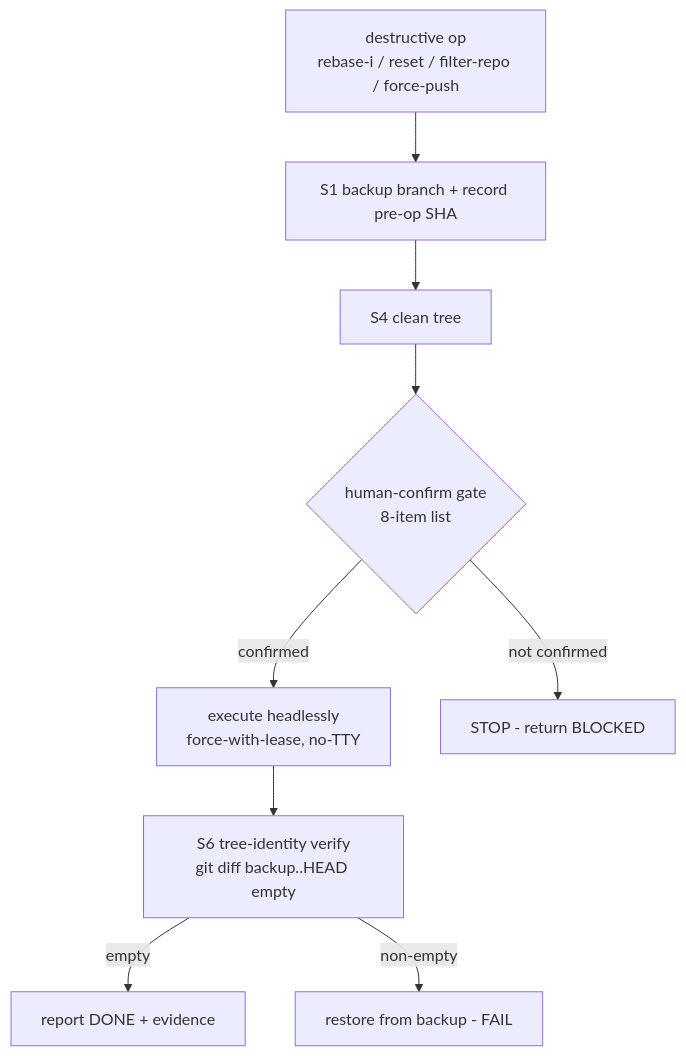
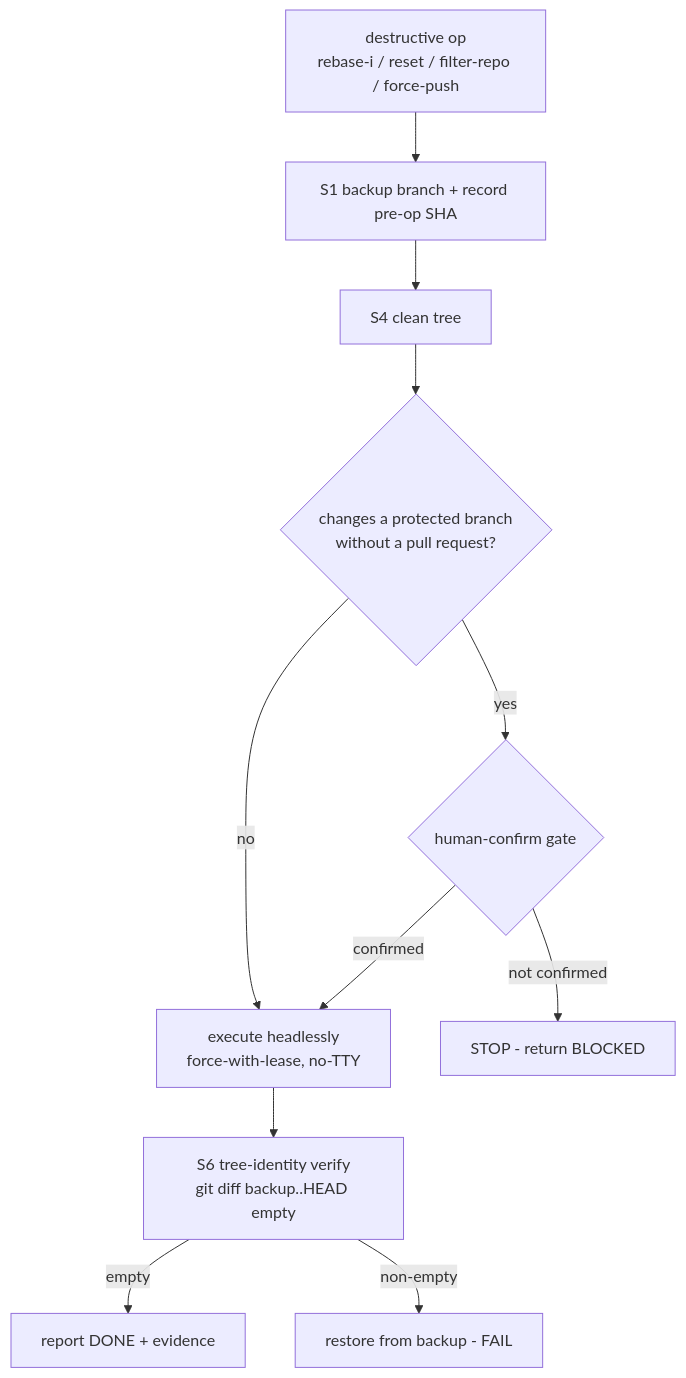
Before and after one commit to Viindoo/odoo-mcp-client: the fourth of 4 diagrams in plugins/git-toolkit/docs/architecture.md, drawn with Mermaid. The commit also changed other lines of this file and 21 other files, not shown here.

First line of the commit message:
feat(git-toolkit): one human gate, sign off only when required

````diff
--- a/plugins/git-toolkit/docs/architecture.md
+++ b/plugins/git-toolkit/docs/architecture.md
@@ -82,11 +82,13 @@
 ```mermaid
 flowchart TD
     D[destructive op<br/>rebase-i / reset / filter-repo / force-push] --> B[S1 backup branch + record pre-op SHA]
     B --> CT[S4 clean tree]
-    CT --> HC{human-confirm gate<br/>8-item list}
-    HC -->|confirmed| E[execute headlessly<br/>force-with-lease, no-TTY]
+    CT --> PB{changes a protected branch<br/>without a pull request?}
+    PB -->|no| E[execute headlessly<br/>force-with-lease, no-TTY]
+    PB -->|yes| HC{human-confirm gate}
+    HC -->|confirmed| E
     HC -->|not confirmed| STOP[STOP - return BLOCKED]
     E --> V[S6 tree-identity verify<br/>git diff backup..HEAD empty]
     V -->|empty| DONE[report DONE + evidence]
     V -->|non-empty| R[restore from backup - FAIL]
 ```
````
